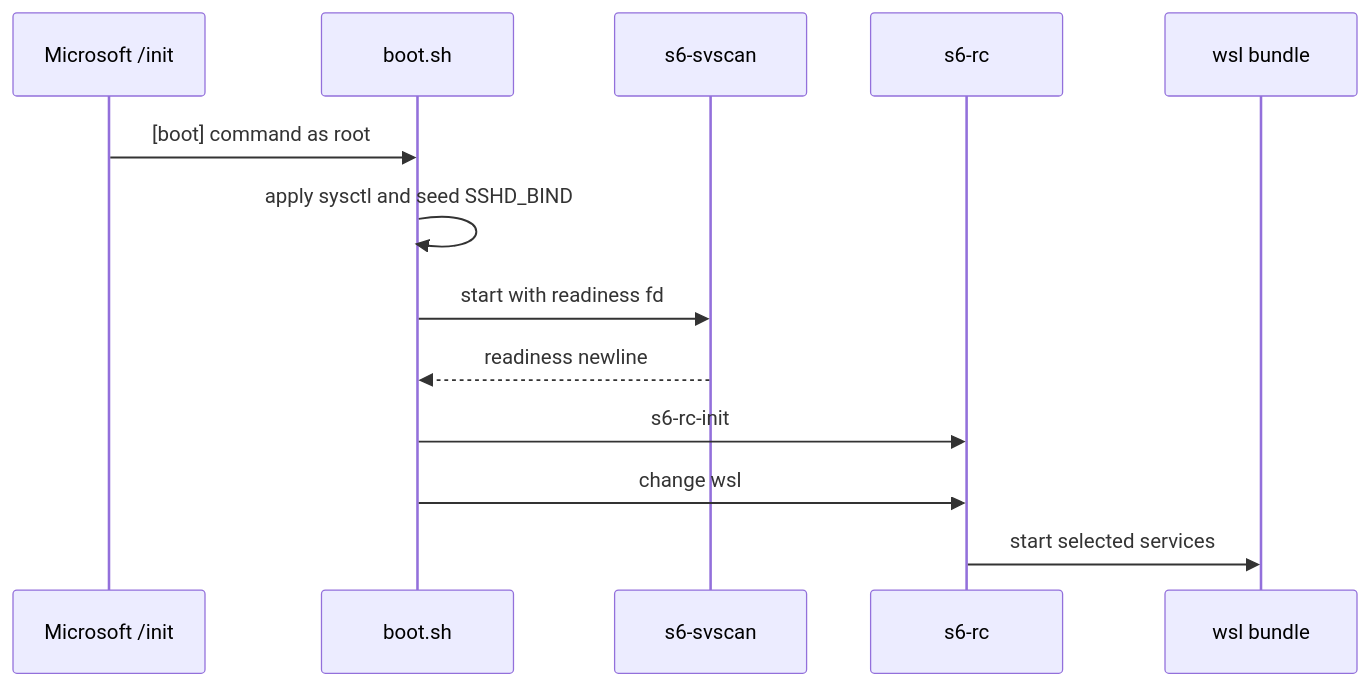
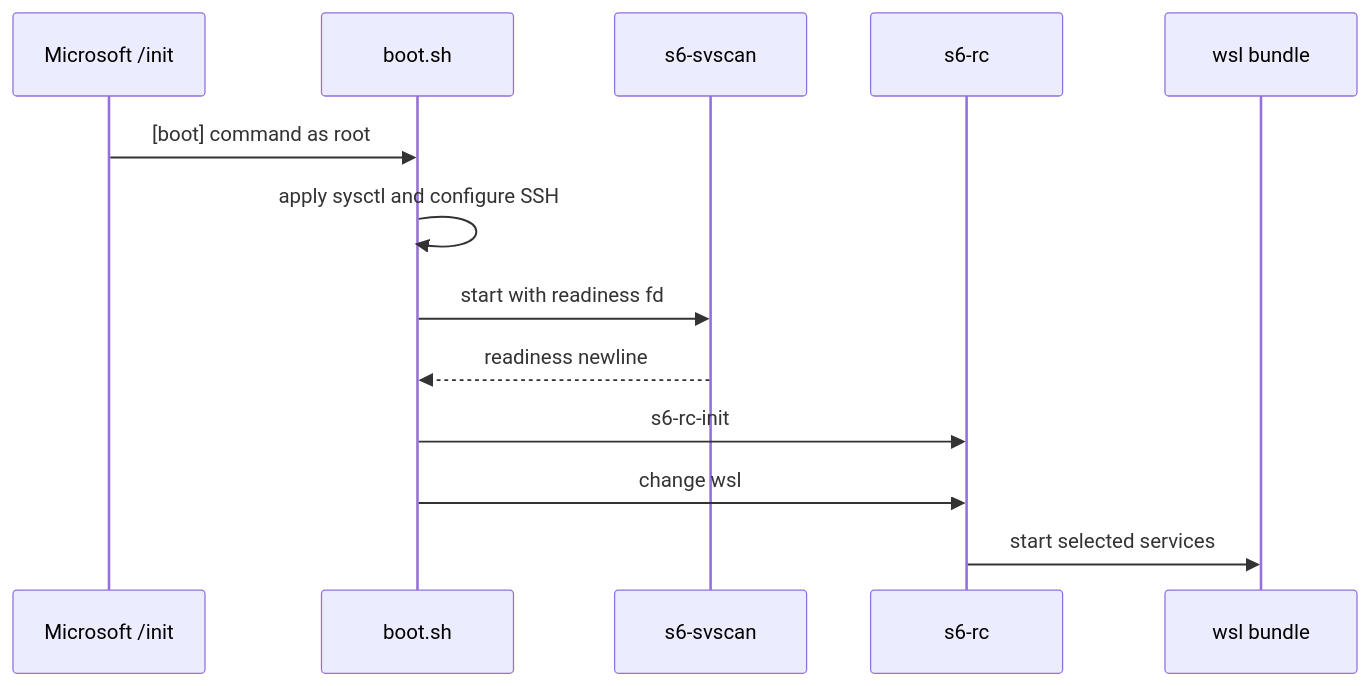
The second of 2 diagrams in platform/wsl/DESIGN.md (curoky/codespace), drawn with Mermaid before and after one commit. The commit also changed other lines of this file and 16 other files, not shown here.

````diff
--- a/platform/wsl/DESIGN.md
+++ b/platform/wsl/DESIGN.md
@@ -23,16 +22,16 @@
 ```mermaid
 sequenceDiagram
     participant Init as Microsoft /init
     participant Boot as boot.sh
     participant Scan as s6-svscan
     participant RC as s6-rc
     participant Services as wsl bundle
 
     Init->>Boot: [boot] command as root
-    Boot->>Boot: apply sysctl and seed SSHD_BIND
+    Boot->>Boot: apply sysctl and configure SSH
     Boot->>Scan: start with readiness fd
     Scan-->>Boot: readiness newline
     Boot->>RC: s6-rc-init
     Boot->>RC: change wsl
     RC->>Services: start selected services
 ```
````
